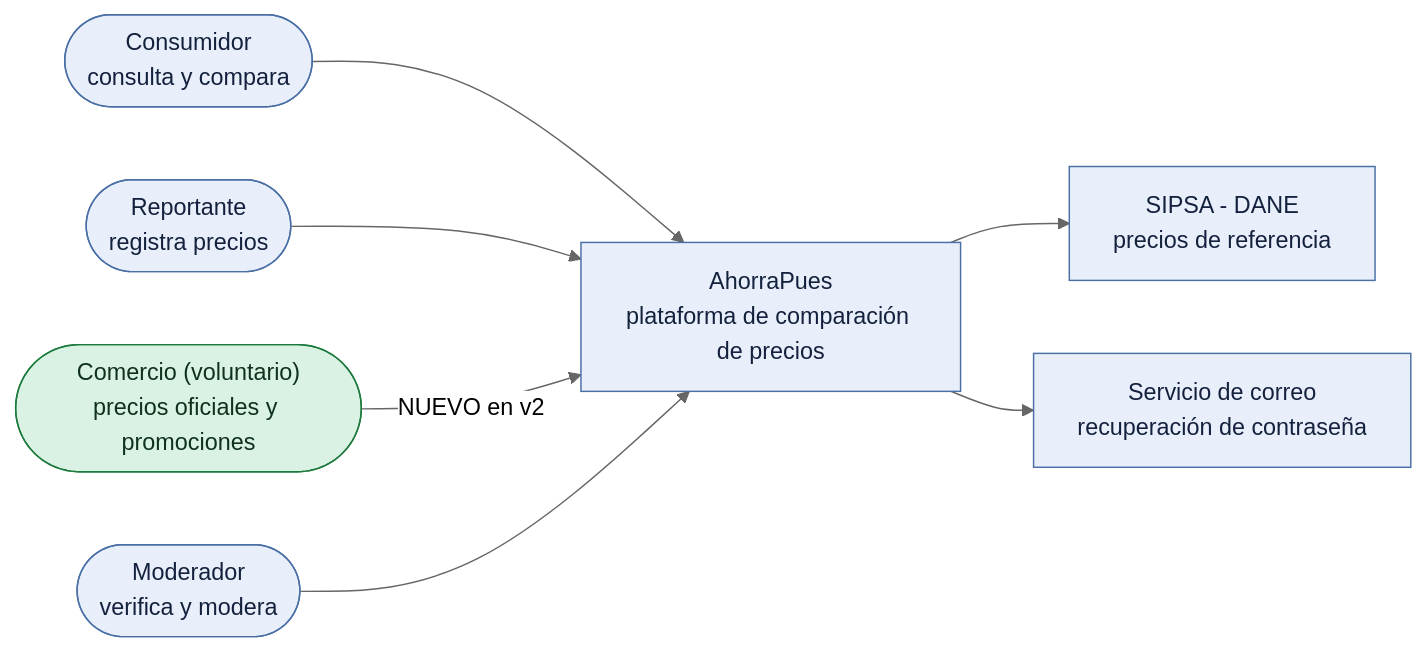
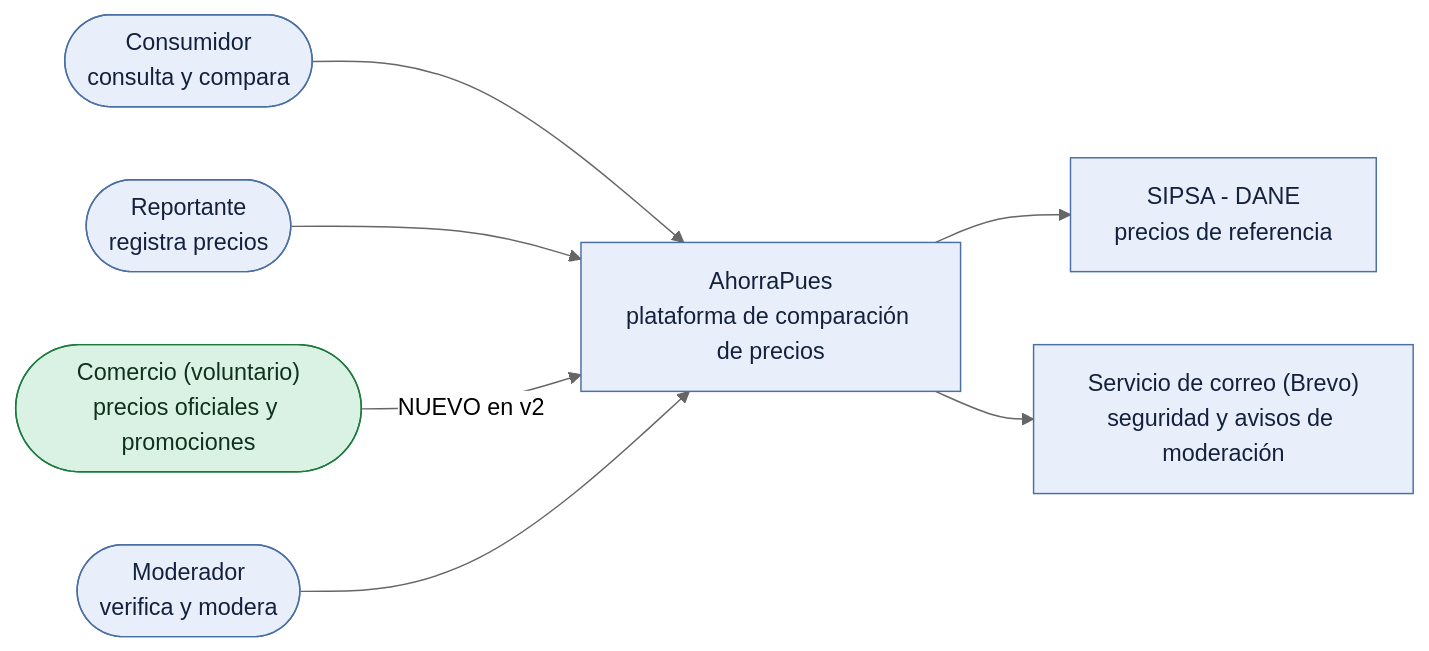
Before and after one commit to xiomaraocampoh/plataforma-precios-quindio: the first of 3 diagrams in docs/arquitectura/c4/v2-modulo-comercial.md, drawn with Mermaid (neutral theme). The commit also changed other lines of this file and 4 other files, not shown here.

````diff
--- a/docs/arquitectura/c4/v2-modulo-comercial.md
+++ b/docs/arquitectura/c4/v2-modulo-comercial.md
@@ -15,24 +16,24 @@
 ```mermaid
 flowchart LR
     consumidor(["Consumidor<br/>consulta y compara"])
     reportante(["Reportante<br/>registra precios"])
     comercio(["Comercio (voluntario)<br/>precios oficiales y promociones"])
     moderador(["Moderador<br/>verifica y modera"])
 
     sistema["AhorraPues<br/>plataforma de comparación de precios"]
 
     sipsa["SIPSA - DANE<br/>precios de referencia"]
-    correo["Servicio de correo<br/>recuperación de contraseña"]
+    correo["Servicio de correo (Brevo)<br/>seguridad y avisos de moderación"]
 
     consumidor --> sistema
     reportante --> sistema
     comercio -->|"NUEVO en v2"| sistema
     moderador --> sistema
     sistema --> sipsa
     sistema --> correo
 
     classDef nuevo fill:#d9f2e3,stroke:#1c7a3d,color:#10311d
     classDef base fill:#e8effb,stroke:#4a6fa5,color:#14213d
     class comercio nuevo
     class consumidor,reportante,moderador,sistema,sipsa,correo base
 ```
````
